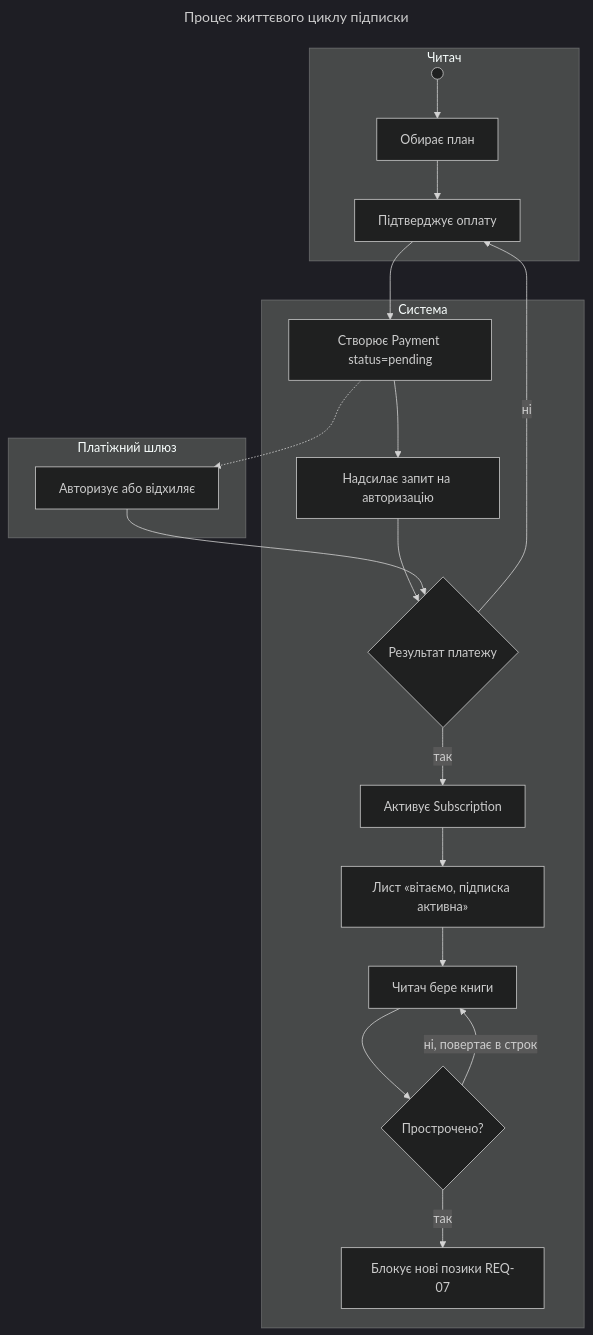
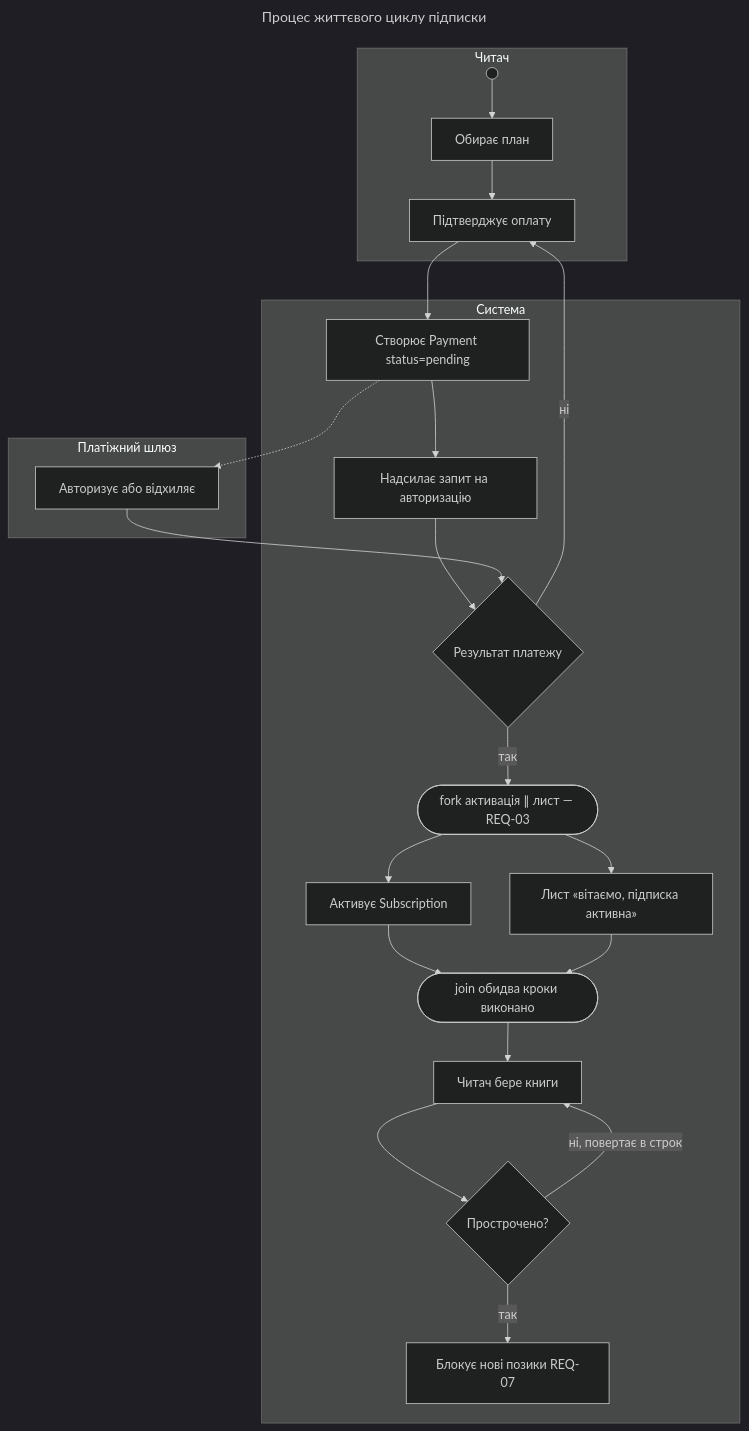
One commit to sanyalovemoney/KPI_labs changed the diagram in Labs/lab4-process/model/subscription-lifecycle.mmd. Above: the diagram before and after it, drawn with Mermaid (dark theme).

Commit message:
lab4: fix - add fork/join for activation and welcome email

```diff
--- a/Labs/lab4-process/model/subscription-lifecycle.mmd
+++ b/Labs/lab4-process/model/subscription-lifecycle.mmd
@@ -1,27 +1,30 @@
 ---
 title: Процес життєвого циклу підписки
 ---
 flowchart TD
     subgraph Читач
         S(( )) --> B[Обирає план]
         B --> C[Підтверджує оплату]
     end
 
     subgraph Система
         C --> D[Створює Payment status=pending]
         D --> E[Надсилає запит на авторизацію]
         E --> F{Результат платежу}
-        F -->|так| G[Активує Subscription]
-        G --> H[Лист «вітаємо, підписка активна»]
-        H --> I[Читач бере книги]
+        F -->|так| FK([fork активація ∥ лист — REQ-03])
+        FK --> G[Активує Subscription]
+        FK --> H[Лист «вітаємо, підписка активна»]
+        G --> JN([join обидва кроки виконано])
+        H --> JN
+        JN --> I[Читач бере книги]
         F -->|ні| C
         I --> J{Прострочено?}
         J -->|ні, повертає в строк| I
         J -->|так| K[Блокує нові позики REQ-07]
     end
 
     subgraph Платіжний шлюз
         E1[Авторизує або відхиляє] --> F
     end
 
     D -.-> E1
```
